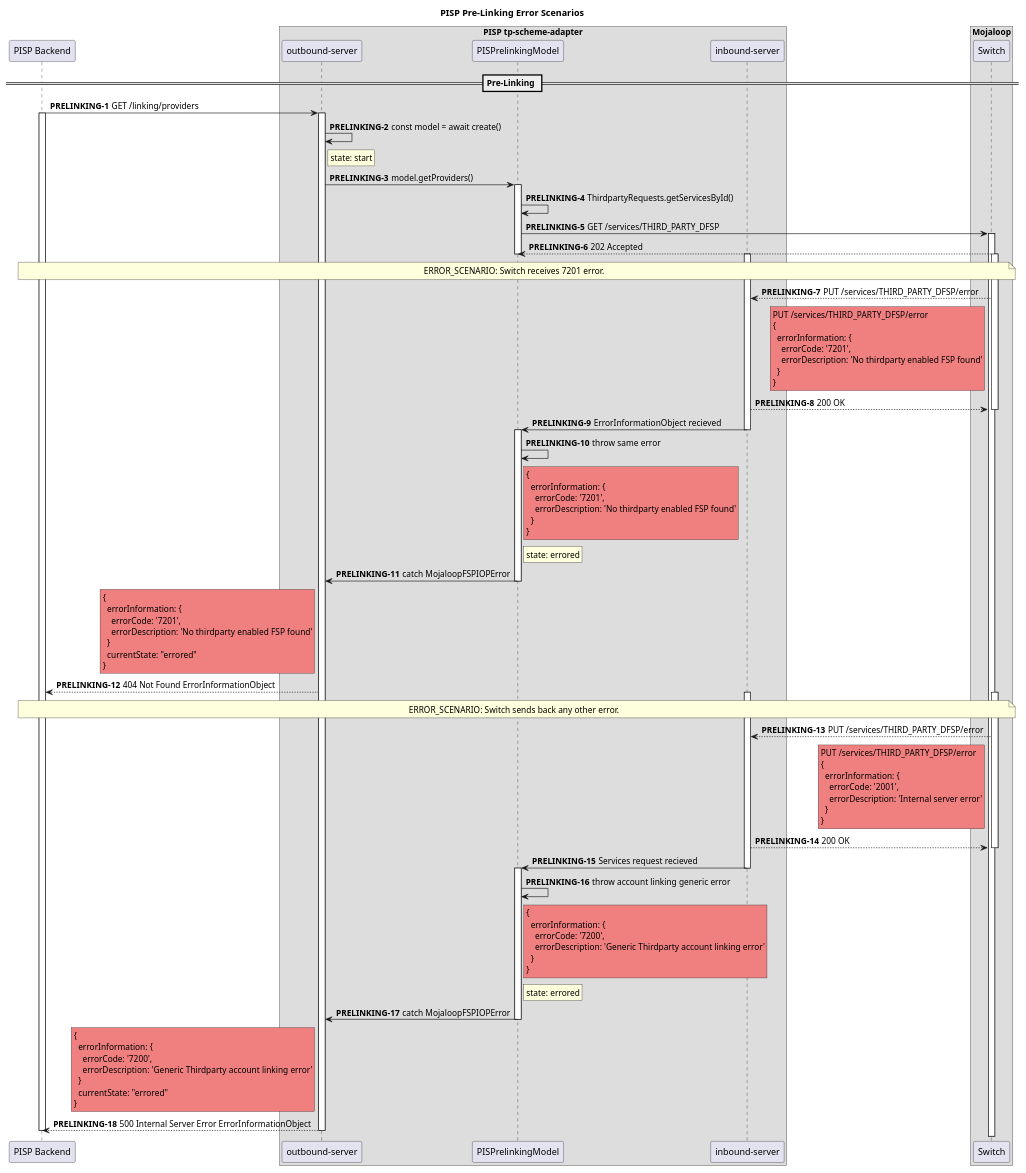
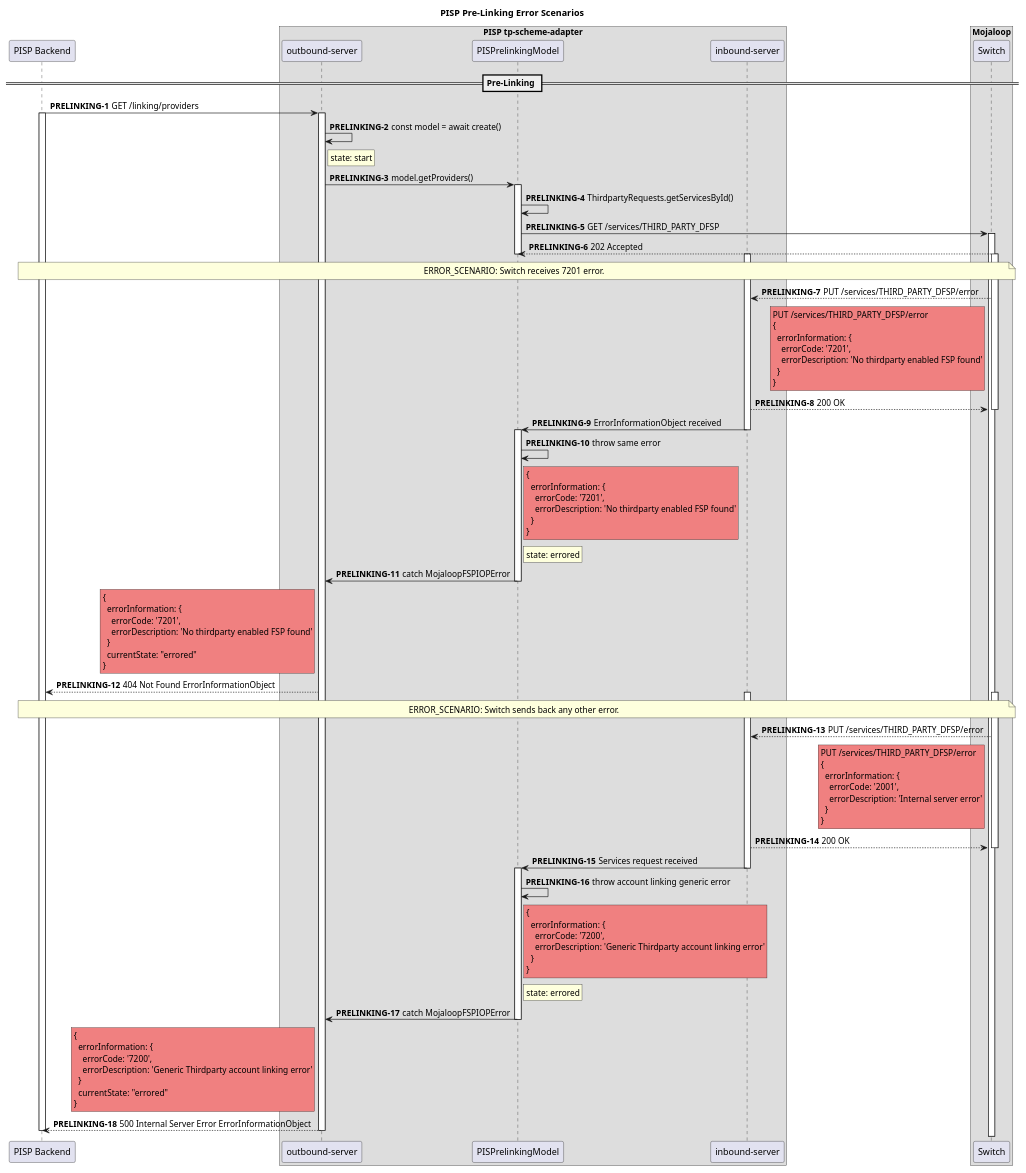
The diagram in docs/sequence/error_scenarios/PISPPreLinkingApi.puml (mojaloop/thirdparty-sdk), drawn with PlantUML before and after one commit. The commit also changed 24 other files, not shown here.

```diff
--- a/docs/sequence/error_scenarios/PISPPreLinkingApi.puml
+++ b/docs/sequence/error_scenarios/PISPPreLinkingApi.puml
@@ -1,139 +1,139 @@
 @startuml
 
 title PISP Pre-Linking Error Scenarios
 
 participant "PISP Backend" as PISP
 box "PISP tp-scheme-adapter"
   participant "outbound-server" as PISP_TP_OUT
   participant "PISPrelinkingModel" as PISP_PLM
   participant "inbound-server" as PISP_TP_IN
 end box
 box "Mojaloop"
     participant Switch
 end box
 
 == Pre-Linking ==
 autonumber 1 "<b>PRELINKING-#</b>"
 
 PISP -> PISP_TP_OUT: GET /linking/providers
 
 activate PISP
 activate PISP_TP_OUT
 
 PISP_TP_OUT -> PISP_TP_OUT: const model = await create()
 rnote right of PISP_TP_OUT: state: start
 PISP_TP_OUT -> PISP_PLM: model.getProviders()
 
 activate PISP_PLM
 
 PISP_PLM -> PISP_PLM: ThirdpartyRequests.getServicesById()
 PISP_PLM -> Switch: GET /services/THIRD_PARTY_DFSP
 
 activate Switch
 Switch --> PISP_PLM: 202 Accepted
 deactivate PISP_PLM
 
 note over PISP, Switch
   ERROR_SCENARIO: Switch receives 7201 error.
 end note
 
 activate PISP_TP_IN
 activate Switch
 
 Switch --> PISP_TP_IN: PUT /services/THIRD_PARTY_DFSP/error
 rnote left of Switch #LightCoral
 PUT /services/THIRD_PARTY_DFSP/error
 {
   errorInformation: {
     errorCode: '7201',
     errorDescription: 'No thirdparty enabled FSP found'
   }
 }
 end note
 PISP_TP_IN --> Switch: 200 OK
 
 deactivate Switch
 
-PISP_TP_IN -> PISP_PLM: ErrorInformationObject recieved
+PISP_TP_IN -> PISP_PLM: ErrorInformationObject received
 
 deactivate PISP_TP_IN
 activate PISP_PLM
 
 PISP_PLM -> PISP_PLM: throw same error
 rnote right of PISP_PLM #LightCoral
 {
   errorInformation: {
     errorCode: '7201',
     errorDescription: 'No thirdparty enabled FSP found'
   }
 }
 end note
 rnote right of PISP_PLM: state: errored
 PISP_PLM -> PISP_TP_OUT: catch MojaloopFSPIOPError
 
 deactivate PISP_PLM
 rnote left of PISP_TP_OUT #LightCoral
 {
   errorInformation: {
     errorCode: '7201',
     errorDescription: 'No thirdparty enabled FSP found'
   }
   currentState: "errored"
 }
 end note
 PISP_TP_OUT --> PISP: 404 Not Found ErrorInformationObject
 
 
 note over PISP, Switch
   ERROR_SCENARIO: Switch sends back any other error.
 end note
 
 activate PISP_TP_IN
 activate Switch
 Switch --> PISP_TP_IN: PUT /services/THIRD_PARTY_DFSP/error
 rnote left of Switch #LightCoral
 PUT /services/THIRD_PARTY_DFSP/error
 {
   errorInformation: {
     errorCode: '2001',
     errorDescription: 'Internal server error'
   }
 }
 end note
 PISP_TP_IN --> Switch: 200 OK
 
 deactivate Switch
 
-PISP_TP_IN -> PISP_PLM: Services request recieved
+PISP_TP_IN -> PISP_PLM: Services request received
 
 deactivate PISP_TP_IN
 activate PISP_PLM
 
 PISP_PLM -> PISP_PLM: throw account linking generic error
 rnote right of PISP_PLM #LightCoral
 {
   errorInformation: {
     errorCode: '7200',
     errorDescription: 'Generic Thirdparty account linking error'
   }
 }
 end note
 rnote right of PISP_PLM: state: errored
 PISP_PLM -> PISP_TP_OUT: catch MojaloopFSPIOPError
 
 deactivate PISP_PLM
 rnote left of PISP_TP_OUT #LightCoral
 {
   errorInformation: {
     errorCode: '7200',
     errorDescription: 'Generic Thirdparty account linking error'
   }
   currentState: "errored"
 }
 end note
 PISP_TP_OUT --> PISP: 500 Internal Server Error ErrorInformationObject
 
 deactivate PISP_TP_OUT
 deactivate PISP
 
 @enduml
```
